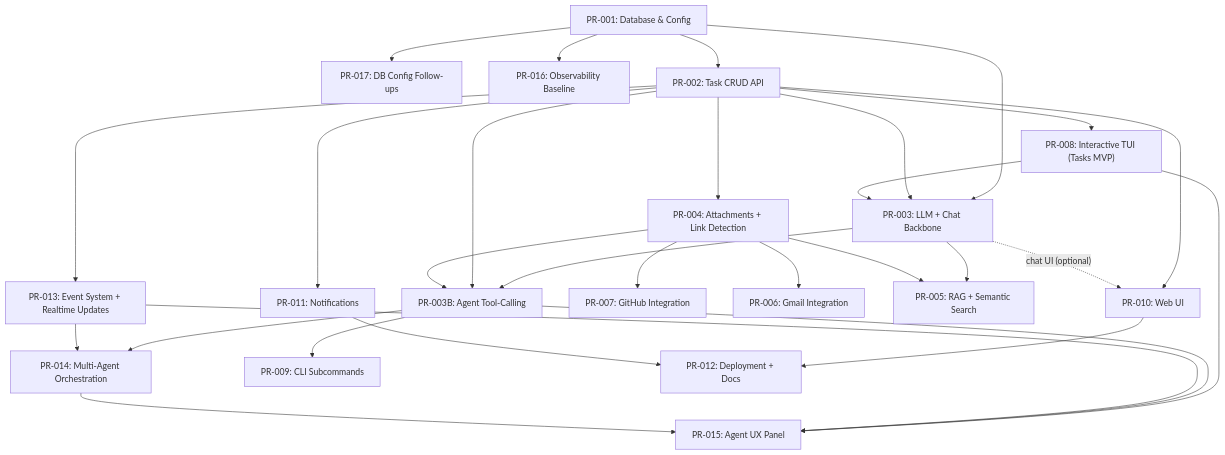
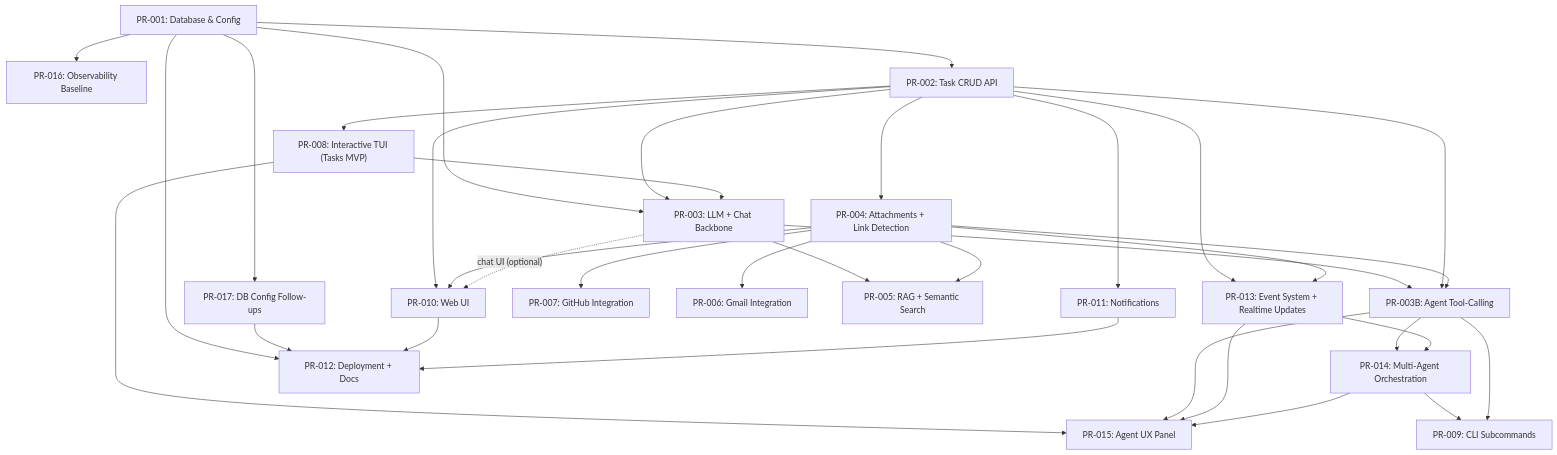
One commit to raychrisgdp/taskgenie changed the first of 4 diagrams in docs/02-implementation/PR-PLANS.md. Above: the diagram before and after it, drawn with Mermaid. The commit also changed other lines of this file and 5 other files, not shown here.

````diff
--- a/docs/02-implementation/PR-PLANS.md
+++ b/docs/02-implementation/PR-PLANS.md
@@ -69,50 +69,55 @@
 ```mermaid
 flowchart TD
   PR001["PR-001: Database & Config"]
   PR017["PR-017: DB Config Follow-ups"]
   PR016["PR-016: Observability Baseline"]
   PR002["PR-002: Task CRUD API"]
   PR008["PR-008: Interactive TUI (Tasks MVP)"]
   PR003["PR-003: LLM + Chat Backbone"]
   PR004["PR-004: Attachments + Link Detection"]
   PR013["PR-013: Event System + Realtime Updates"]
   PR003B["PR-003B: Agent Tool-Calling"]
   PR011["PR-011: Notifications"]
   PR007["PR-007: GitHub Integration"]
   PR006["PR-006: Gmail Integration"]
   PR005["PR-005: RAG + Semantic Search"]
   PR014["PR-014: Multi-Agent Orchestration"]
   PR015["PR-015: Agent UX Panel"]
   PR009["PR-009: CLI Subcommands"]
   PR010["PR-010: Web UI"]
   PR012["PR-012: Deployment + Docs"]
 
   PR001 --> PR017
   PR001 --> PR016
   PR001 --> PR002
   PR002 --> PR008
   PR001 --> PR003
   PR002 --> PR003
   PR008 --> PR003
   PR002 --> PR004
   PR002 --> PR013
+  PR004 --> PR013
   PR003 --> PR003B
   PR002 --> PR003B
   PR004 --> PR003B
   PR004 --> PR007
   PR004 --> PR006
   PR003 --> PR005
   PR004 --> PR005
   PR002 --> PR011
   PR003B --> PR014
   PR013 --> PR014
   PR008 --> PR015
   PR003B --> PR015
   PR013 --> PR015
   PR014 --> PR015
+  PR014 --> PR009
   PR003B --> PR009
   PR002 --> PR010
+  PR004 --> PR010
   PR003 -. "chat UI (optional)" .-> PR010
+  PR001 --> PR012
+  PR017 --> PR012
   PR010 --> PR012
   PR011 --> PR012
 ```
````
